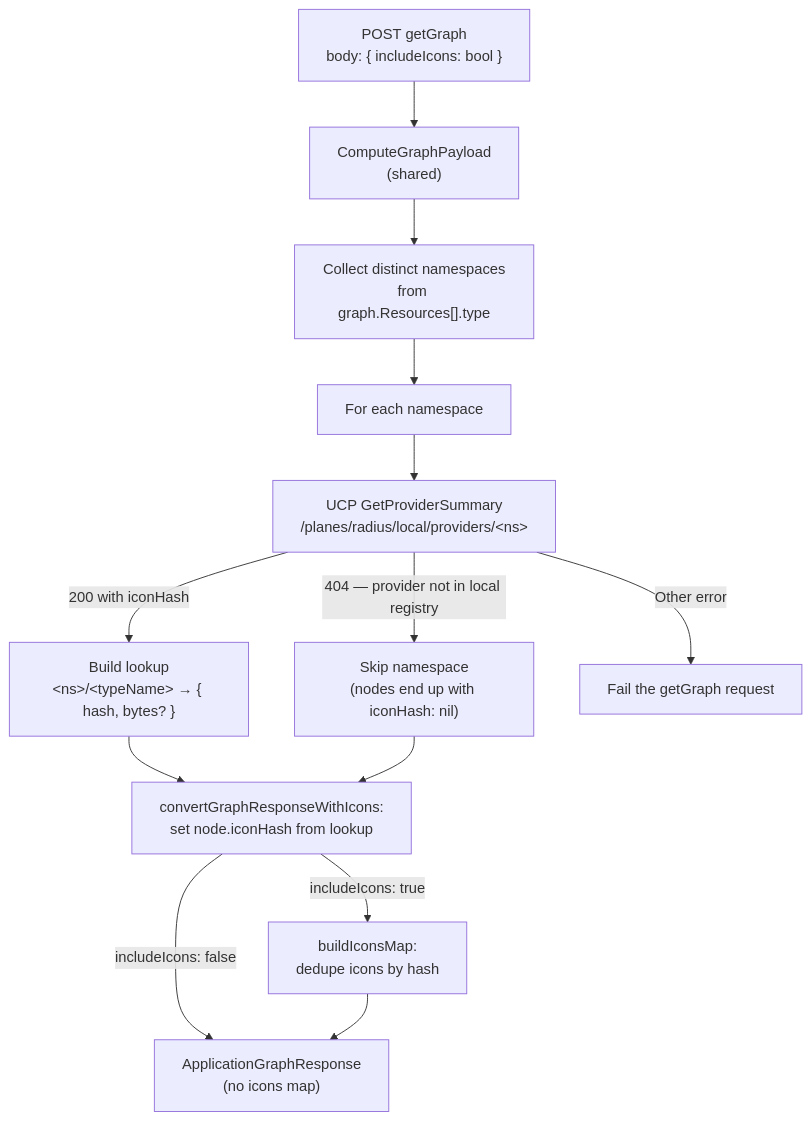
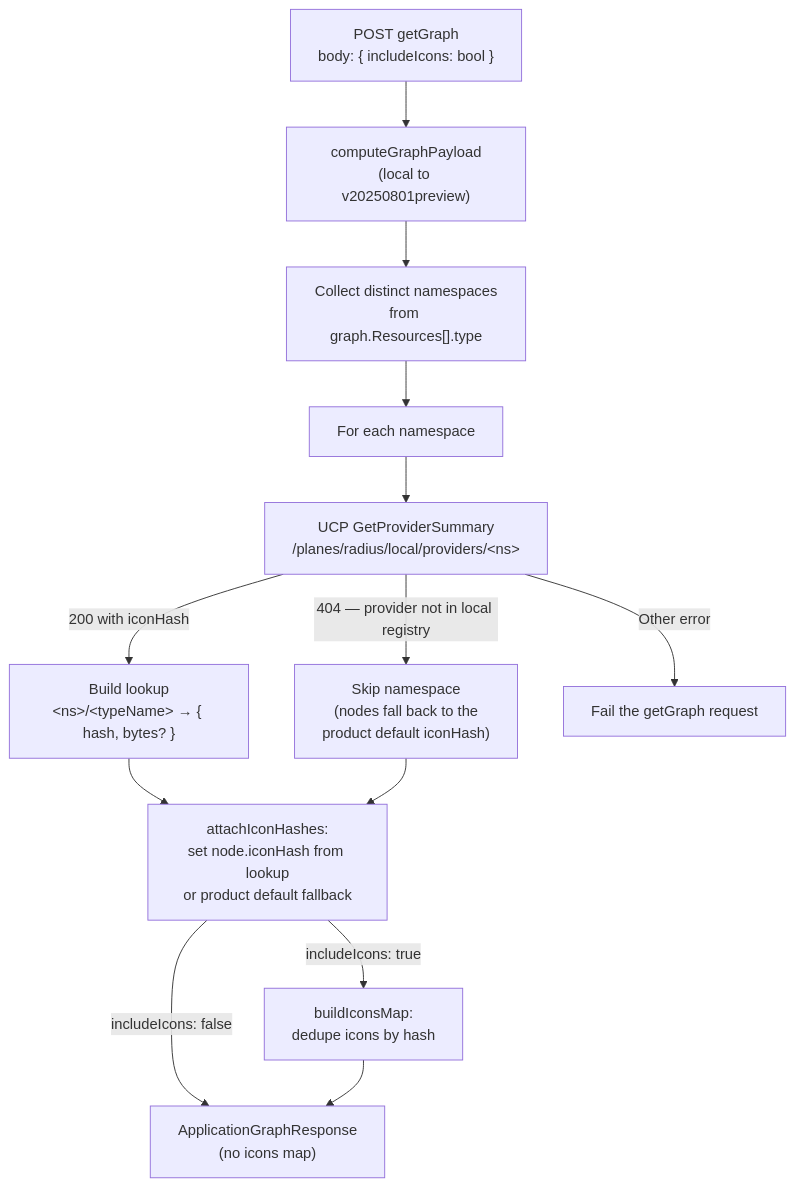
One commit to radius-project/radius changed the fifth of 6 diagrams in docs/architecture/application-graph.md. Above: the diagram before and after it, drawn with Mermaid. The commit also changed other lines of this file and 27 other files, not shown here.

Commit message:
static graph icon and default icon support

````diff
--- a/docs/architecture/application-graph.md
+++ b/docs/architecture/application-graph.md
@@ -344,15 +344,15 @@
 ```mermaid
 graph TD
-    Request["POST getGraph<br/>body: { includeIcons: bool }"] --> Compute["ComputeGraphPayload<br/>(shared)"]
+    Request["POST getGraph<br/>body: { includeIcons: bool }"] --> Compute["computeGraphPayload<br/>(local to v20250801preview)"]
     Compute --> Namespaces["Collect distinct namespaces<br/>from graph.Resources[].type"]
     Namespaces --> ForEachNS["For each namespace"]
     ForEachNS --> GPS["UCP GetProviderSummary<br/>/planes/radius/local/providers/&lt;ns&gt;"]
     GPS -->|"200 with iconHash"| BuildLookup["Build lookup<br/>&lt;ns&gt;/&lt;typeName&gt; → { hash, bytes? }"]
-    GPS -->|"404 — provider not in local registry"| Skip["Skip namespace<br/>(nodes end up with iconHash: nil)"]
+    GPS -->|"404 — provider not in local registry"| Skip["Skip namespace<br/>(nodes fall back to the<br/>product default iconHash)"]
     GPS -->|"Other error"| Fail["Fail the getGraph request"]
-    BuildLookup --> Attach["convertGraphResponseWithIcons:<br/>set node.iconHash from lookup"]
+    BuildLookup --> Attach["attachIconHashes:<br/>set node.iconHash from lookup<br/>or product default fallback"]
     Skip --> Attach
     Attach -->|"includeIcons: true"| BuildMap["buildIconsMap:<br/>dedupe icons by hash"]
     Attach -->|"includeIcons: false"| Response["ApplicationGraphResponse<br/>(no icons map)"]
     BuildMap --> Response
 ```
````
